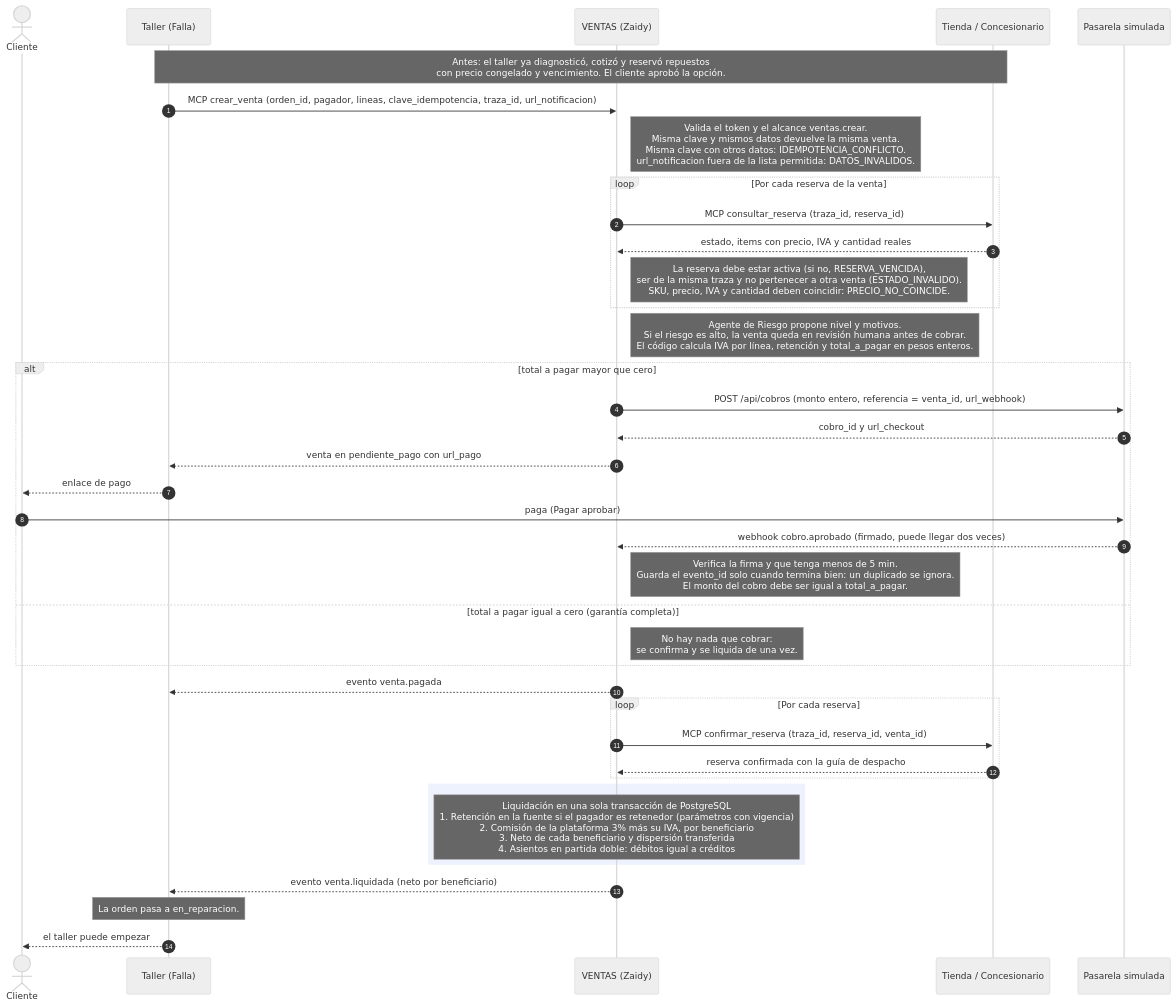
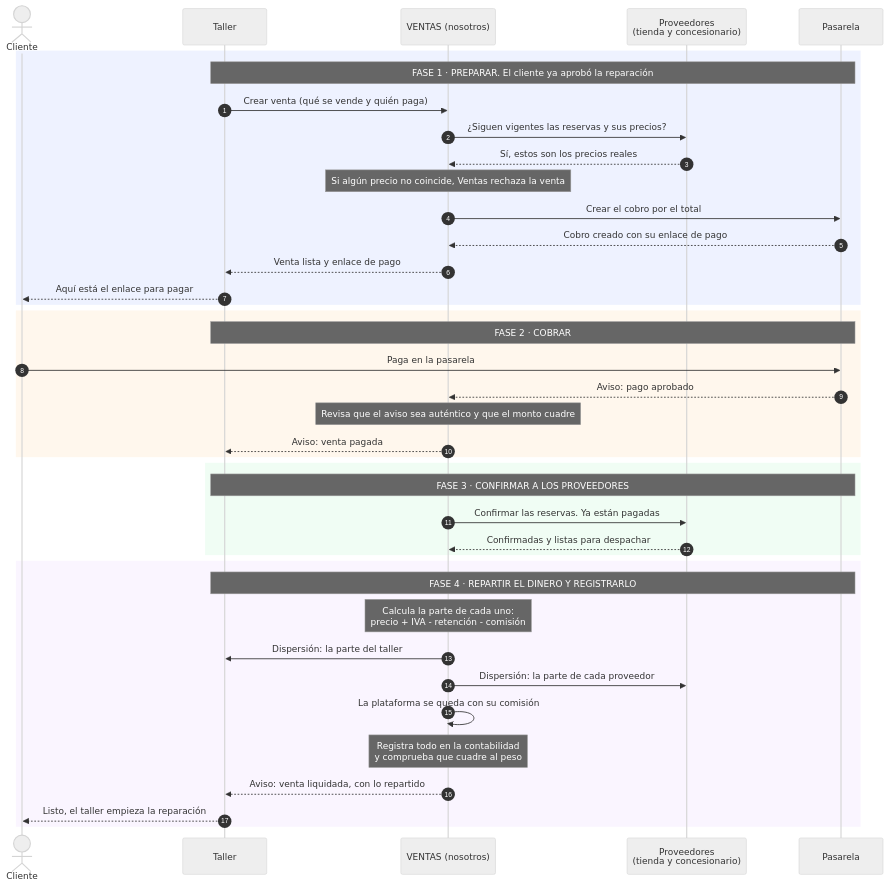
The first of 3 diagrams in docs/diagrama-secuencia-ventas.md (CristianT71/CobraYa), drawn with Mermaid (neutral theme) before and after one commit. The commit also changed other lines of this file and 3 other files, not shown here.

Commit message:
docs: diagrama de Ventas más claro (cuatro fases, glosario, dispersión visible y ejemplo con números del instructivo)

````diff
--- a/docs/diagrama-secuencia-ventas.md
+++ b/docs/diagrama-secuencia-ventas.md
@@ -23,49 +34,46 @@
 ```mermaid
 sequenceDiagram
     autonumber
     actor C as Cliente
-    participant T as Taller (Falla)
-    participant V as VENTAS (Zaidy)
-    participant P as Tienda / Concesionario
-    participant G as Pasarela simulada
+    participant T as Taller
+    participant V as VENTAS (nosotros)
+    participant P as Proveedores<br/>(tienda y concesionario)
+    participant G as Pasarela
 
-    Note over T,P: Antes: el taller ya diagnosticó, cotizó y reservó repuestos<br/>con precio congelado y vencimiento. El cliente aprobó la opción.
-
-    T->>V: MCP crear_venta (orden_id, pagador, lineas, clave_idempotencia, traza_id, url_notificacion)
-    Note right of V: Valida el token y el alcance ventas.crear.<br/>Misma clave y mismos datos devuelve la misma venta.<br/>Misma clave con otros datos: IDEMPOTENCIA_CONFLICTO.<br/>url_notificacion fuera de la lista permitida: DATOS_INVALIDOS.
-
-    loop Por cada reserva de la venta
-        V->>P: MCP consultar_reserva (traza_id, reserva_id)
-        P-->>V: estado, items con precio, IVA y cantidad reales
-        Note right of V: La reserva debe estar activa (si no, RESERVA_VENCIDA),<br/>ser de la misma traza y no pertenecer a otra venta (ESTADO_INVALIDO).<br/>SKU, precio, IVA y cantidad deben coincidir: PRECIO_NO_COINCIDE.
+    rect rgb(238, 242, 255)
+    Note over T,G: FASE 1 · PREPARAR. El cliente ya aprobó la reparación
+    T->>V: Crear venta (qué se vende y quién paga)
+    V->>P: ¿Siguen vigentes las reservas y sus precios?
+    P-->>V: Sí, estos son los precios reales
+    Note over V: Si algún precio no coincide, Ventas rechaza la venta
+    V->>G: Crear el cobro por el total
+    G-->>V: Cobro creado con su enlace de pago
+    V-->>T: Venta lista y enlace de pago
+    T-->>C: Aquí está el enlace para pagar
     end
 
-    Note right of V: Agente de Riesgo propone nivel y motivos.<br/>Si el riesgo es alto, la venta queda en revisión humana antes de cobrar.<br/>El código calcula IVA por línea, retención y total_a_pagar en pesos enteros.
-
-    alt total a pagar mayor que cero
-        V->>G: POST /api/cobros (monto entero, referencia = venta_id, url_webhook)
-        G-->>V: cobro_id y url_checkout
-        V-->>T: venta en pendiente_pago con url_pago
-        T-->>C: enlace de pago
-        C->>G: paga (Pagar aprobar)
-        G-->>V: webhook cobro.aprobado (firmado, puede llegar dos veces)
-        Note right of V: Verifica la firma y que tenga menos de 5 min.<br/>Guarda el evento_id solo cuando termina bien: un duplicado se ignora.<br/>El monto del cobro debe ser igual a total_a_pagar.
-    else total a pagar igual a cero (garantía completa)
-        Note right of V: No hay nada que cobrar:<br/>se confirma y se liquida de una vez.
+    rect rgb(255, 247, 237)
+    Note over T,G: FASE 2 · COBRAR
+    C->>G: Paga en la pasarela
+    G-->>V: Aviso: pago aprobado
+    Note over V: Revisa que el aviso sea auténtico y que el monto cuadre
+    V-->>T: Aviso: venta pagada
     end
 
-    V-->>T: evento venta.pagada
-
-    loop Por cada reserva
-        V->>P: MCP confirmar_reserva (traza_id, reserva_id, venta_id)
-        P-->>V: reserva confirmada con la guía de despacho
+    rect rgb(240, 253, 244)
+    Note over T,G: FASE 3 · CONFIRMAR A LOS PROVEEDORES
+    V->>P: Confirmar las reservas. Ya están pagadas
+    P-->>V: Confirmadas y listas para despachar
     end
 
-    rect rgb(238, 242, 255)
-    Note over V: Liquidación en una sola transacción de PostgreSQL<br/>1. Retención en la fuente si el pagador es retenedor (parámetros con vigencia)<br/>2. Comisión de la plataforma 3% más su IVA, por beneficiario<br/>3. Neto de cada beneficiario y dispersión transferida<br/>4. Asientos en partida doble: débitos igual a créditos
+    rect rgb(250, 245, 255)
+    Note over T,G: FASE 4 · REPARTIR EL DINERO Y REGISTRARLO
+    Note over V: Calcula la parte de cada uno:<br/>precio + IVA - retención - comisión
+    V->>T: Dispersión: la parte del taller
+    V->>P: Dispersión: la parte de cada proveedor
+    V->>V: La plataforma se queda con su comisión
+    Note over V: Registra todo en la contabilidad<br/>y comprueba que cuadre al peso
+    V-->>T: Aviso: venta liquidada, con lo repartido
+    T-->>C: Listo, el taller empieza la reparación
     end
-
-    V-->>T: evento venta.liquidada (neto por beneficiario)
-    Note over T: La orden pasa a en_reparacion.
-    T-->>C: el taller puede empezar
 ```
````
